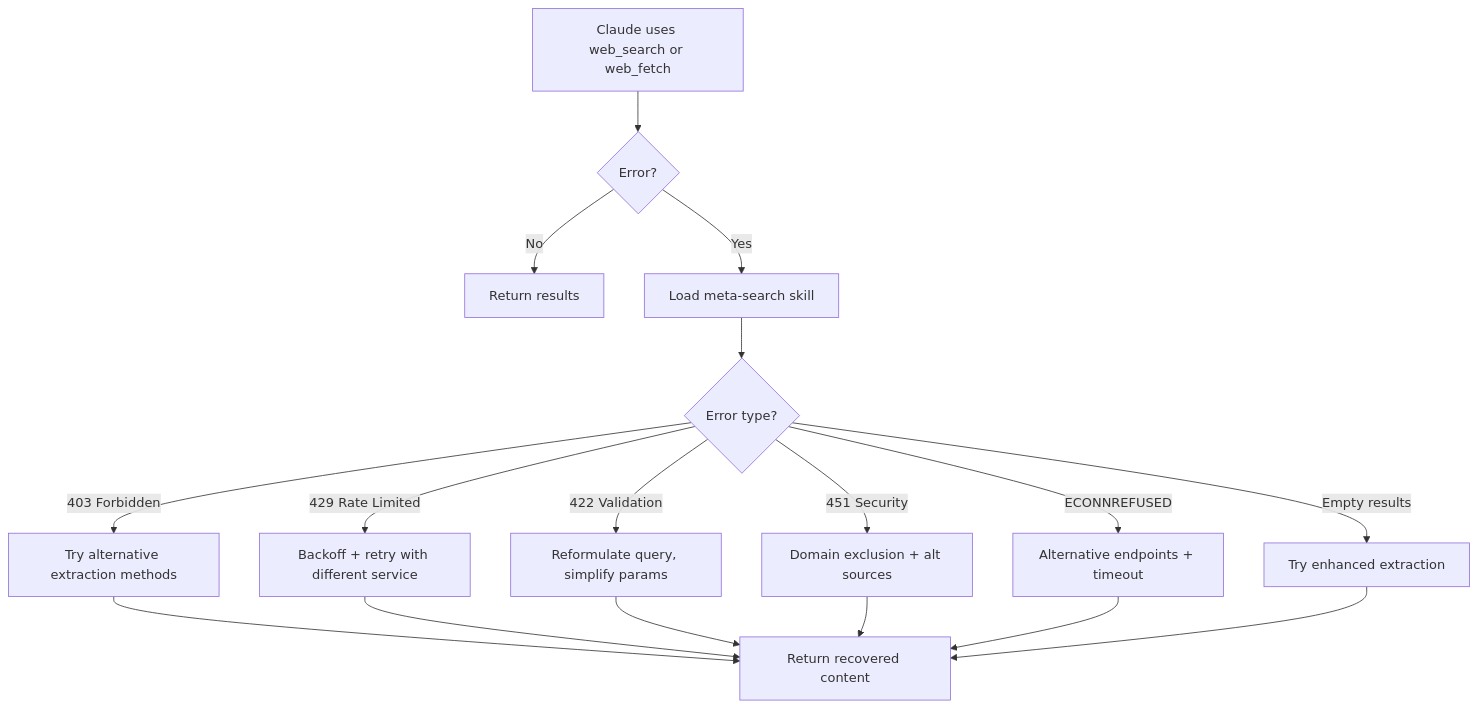
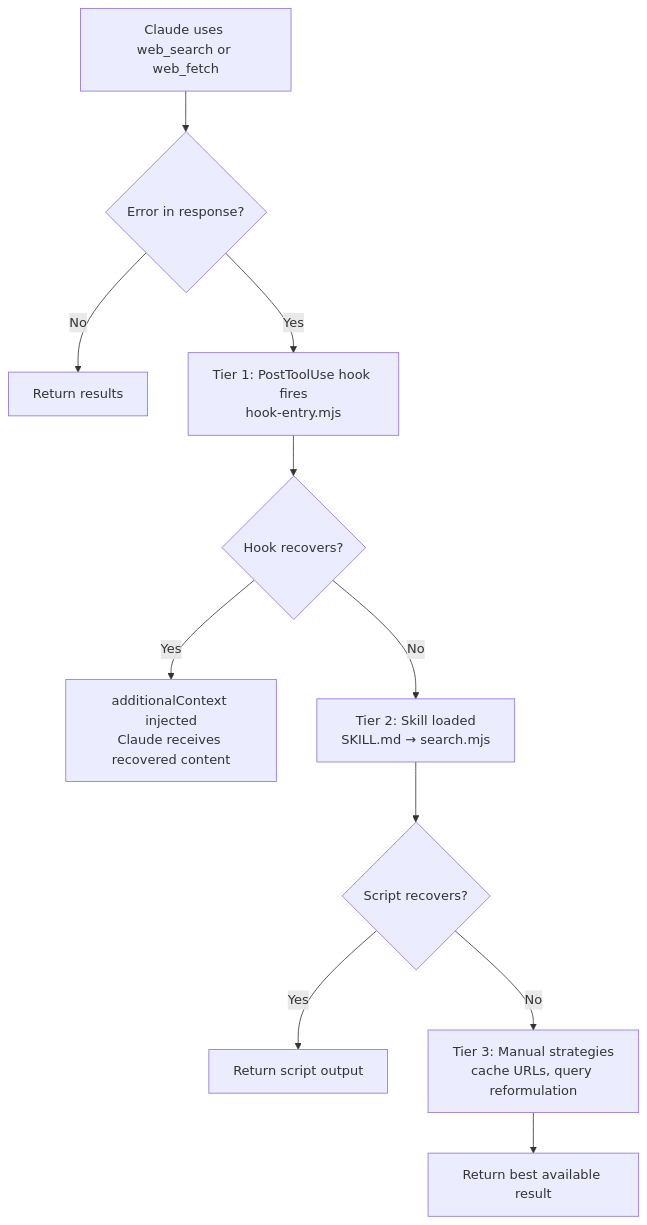
Before and after one commit to shrwnsan/vibekit-claude-plugins: the diagram in plugins/search-plus/docs/ARCHITECTURE.md, drawn with Mermaid. The commit also changed other lines of this file and 5 other files, not shown here.

````diff
--- a/plugins/search-plus/docs/ARCHITECTURE.md
+++ b/plugins/search-plus/docs/ARCHITECTURE.md
@@ -48,19 +24,13 @@
 ```mermaid
 flowchart TD
-    A[Claude uses web_search or web_fetch] --> B{Error?}
+    A[Claude uses web_search or web_fetch] --> B{Error in response?}
     B -->|No| C[Return results]
-    B -->|Yes| D[Load meta-search skill]
-    D --> E{Error type?}
-    E -->|403 Forbidden| F[Try alternative extraction methods]
-    E -->|429 Rate Limited| G[Backoff + retry with different service]
-    E -->|422 Validation| H[Reformulate query, simplify params]
-    E -->|451 Security| I[Domain exclusion + alt sources]
-    E -->|ECONNREFUSED| J[Alternative endpoints + timeout]
-    E -->|Empty results| K[Try enhanced extraction]
-    F --> L[Return recovered content]
-    G --> L
-    H --> L
-    I --> L
-    J --> L
-    K --> L
+    B -->|Yes| D["Tier 1: PostToolUse hook fires<br/>hook-entry.mjs"]
+    D --> E{Hook recovers?}
+    E -->|Yes| F["additionalContext injected<br/>Claude receives recovered content"]
+    E -->|No| G["Tier 2: Skill loaded<br/>SKILL.md → search.mjs"]
+    G --> H{Script recovers?}
+    H -->|Yes| I[Return script output]
+    H -->|No| J["Tier 3: Manual strategies<br/>cache URLs, query reformulation"]
+    J --> K[Return best available result]
 ```
````
